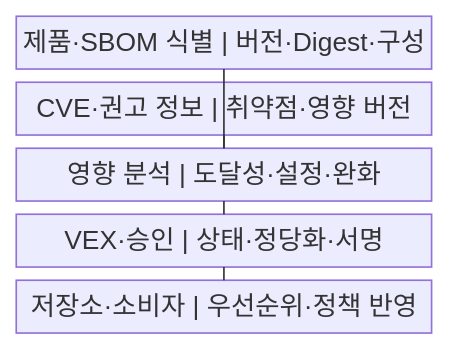
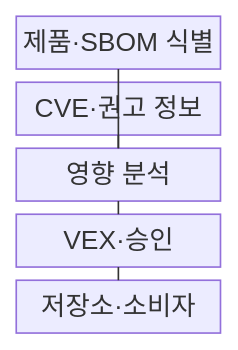
The first of 2 diagrams in src/content/docs/notes/03-software/184_vex.md (agnusdei1207/knowledge-base), drawn with Mermaid before and after one commit. The commit also changed other lines of this file and 238 other files, not shown here.

````diff
--- a/src/content/docs/notes/03-software/184_vex.md
+++ b/src/content/docs/notes/03-software/184_vex.md
@@ -55,13 +55,13 @@
 ```mermaid
-block
+block-beta
     columns 1
-    A["제품·SBOM 식별 | 버전·Digest·구성"]
-    B["CVE·권고 정보 | 취약점·영향 버전"]
-    C["영향 분석 | 도달성·설정·완화"]
-    D["VEX·승인 | 상태·정당화·서명"]
-    E["저장소·소비자 | 우선순위·정책 반영"]
+    A["제품·SBOM 식별"]
+    B["CVE·권고 정보"]
+    C["영향 분석"]
+    D["VEX·승인"]
+    E["저장소·소비자"]
     A --- C
     B --- C
     C --- D
     D --- E
 ```
````
